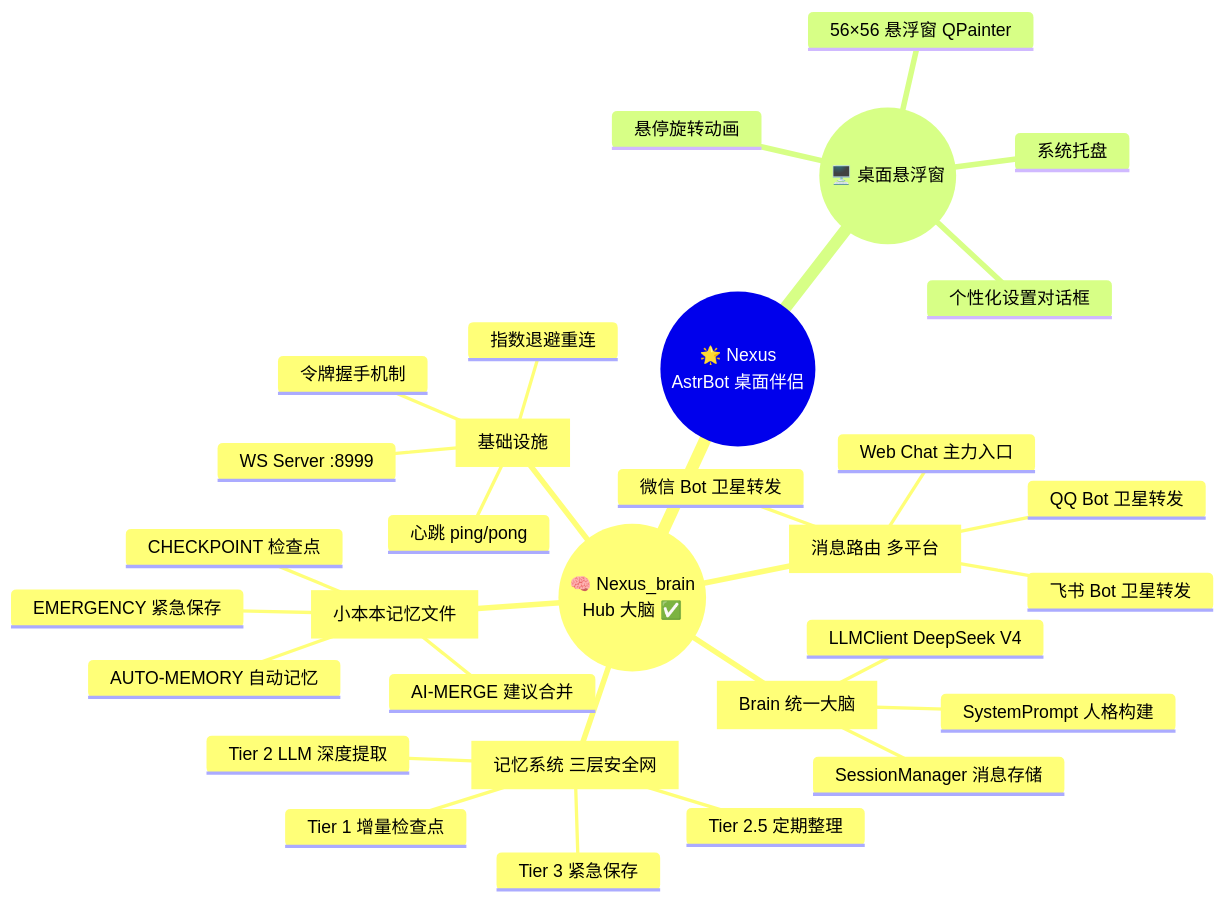
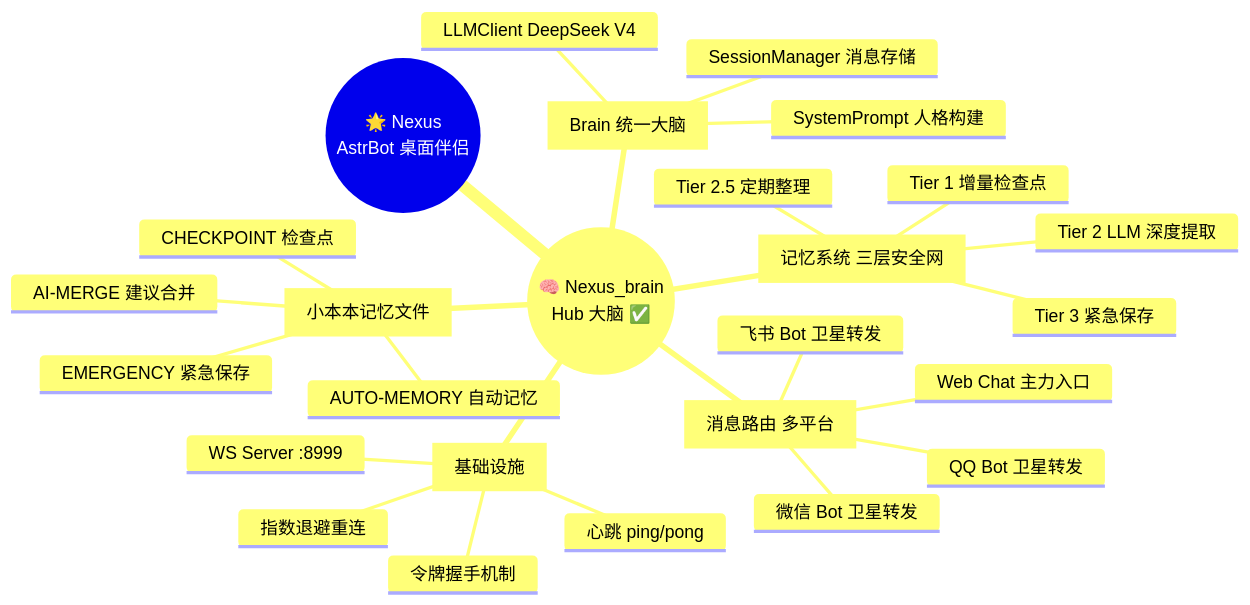
Before and after one commit to yuanchu114514-spec/nexus-brain: the first of 2 diagrams in README.md, drawn with Mermaid. The commit also changed other lines of this file, not shown here.

````diff
--- a/README.md
+++ b/README.md
@@ -24,34 +22,29 @@
 ```mermaid
 mindmap
   root(("🌟 Nexus<br/>AstrBot 桌面伴侣"))
     (("🧠 Nexus_brain<br/>Hub 大脑 ✅"))
       [Brain 统一大脑]
         SystemPrompt 人格构建
         SessionManager 消息存储
         LLMClient DeepSeek V4
       [记忆系统 三层安全网]
         Tier 1 增量检查点
         Tier 2 LLM 深度提取
         Tier 2.5 定期整理
         Tier 3 紧急保存
       [消息路由 多平台]
         Web Chat 主力入口
         QQ Bot 卫星转发
         微信 Bot 卫星转发
         飞书 Bot 卫星转发
       [基础设施]
         WS Server :8999
         令牌握手机制
         指数退避重连
         心跳 ping/pong
       [小本本记忆文件]
         AUTO-MEMORY 自动记忆
         CHECKPOINT 检查点
         EMERGENCY 紧急保存
         AI-MERGE 建议合并
-    (("🖥️ 桌面悬浮窗"))
-      56×56 悬浮窗 QPainter
-      悬停旋转动画
-      个性化设置对话框
-      系统托盘
 ```
````
